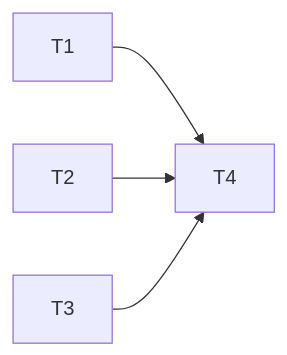
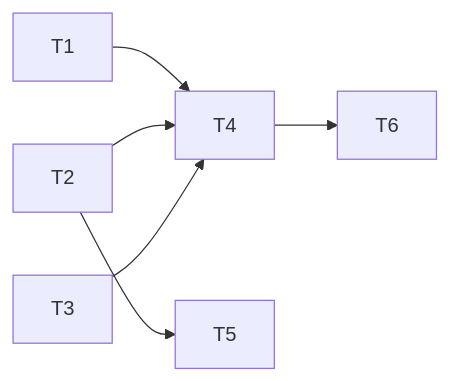
One commit to TajVirani/llm-scaffold-claude changed the diagram in .workflow/specs/008-pr-description-template/tasks.md. Above: the diagram before and after it, drawn with Mermaid. The commit also changed other lines of this file and 3 other files, not shown here.

````diff
--- a/.workflow/specs/008-pr-description-template/tasks.md
+++ b/.workflow/specs/008-pr-description-template/tasks.md
@@ -87,6 +123,8 @@
 ```mermaid
 graph LR
   T1 --> T4
   T2 --> T4
   T3 --> T4
+  T2 --> T5
+  T4 --> T6
 ```
````
